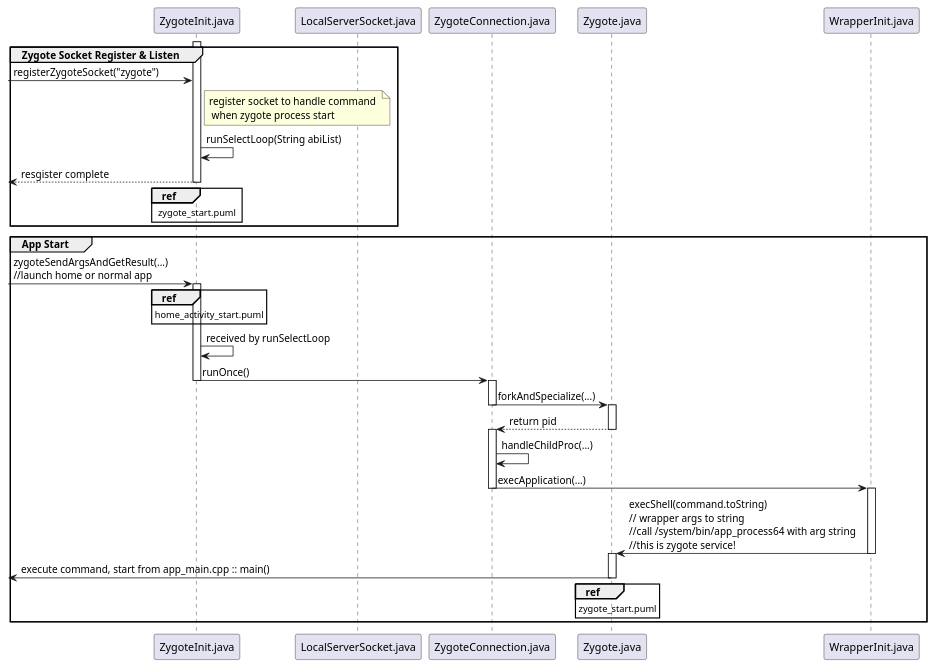
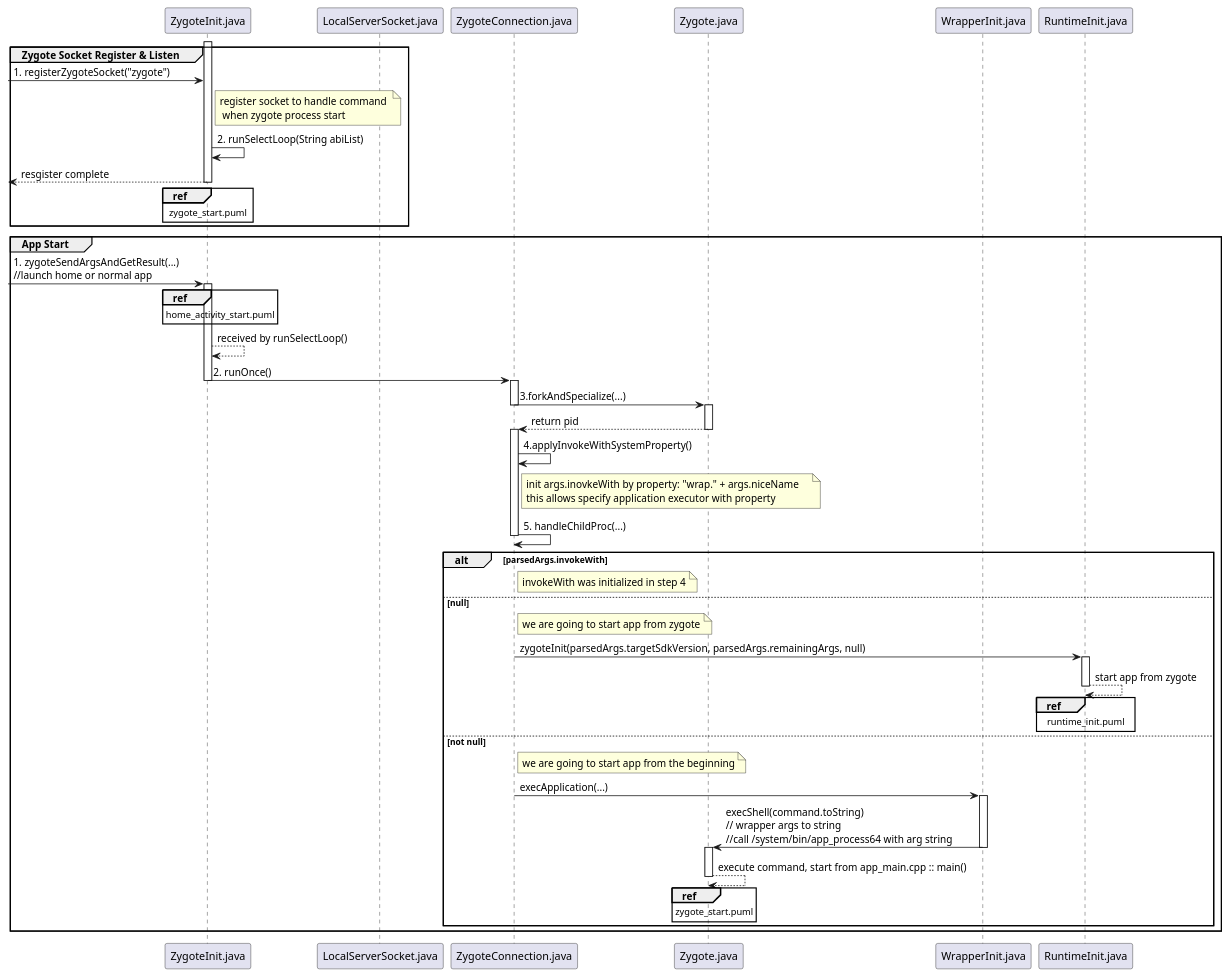
Before and after one commit to heavy-james/AndroidStartSequence: the diagram in uml/6_home_activity_start/app_start_wrapper.puml, drawn with PlantUML. The commit also changed 7 other files, not shown here.

Commit message:
optmize logic -> uml reflection relationship and orgnization

```diff
--- a/uml/6_home_activity_start/app_start_wrapper.puml
+++ b/uml/6_home_activity_start/app_start_wrapper.puml
@@ -1,67 +1,95 @@
 @startuml
 participant ZygoteInit as "ZygoteInit.java"
 participant LocalServerSocket as "LocalServerSocket.java"
 participant ZygoteConnection as "ZygoteConnection.java"
 participant Zygote as "Zygote.java"
 participant WrapperInit as "WrapperInit.java"
+participant RuntimeInit as "RuntimeInit.java"
 
 group Zygote Socket Register & Listen
 
     activate ZygoteInit
-    -> ZygoteInit : registerZygoteSocket("zygote")
+    -> ZygoteInit : 1. registerZygoteSocket("zygote")
 
     note right of ZygoteInit : register socket to handle command \n when zygote process start
 
-    ZygoteInit -> ZygoteInit : runSelectLoop(String abiList)
+    ZygoteInit -> ZygoteInit : 2. runSelectLoop(String abiList)
 
     <-- ZygoteInit : resgister complete
     ref over ZygoteInit : zygote_start.puml
 
     deactivate ZygoteInit
 
 end
 
 
 group App Start
 
 
-    -> ZygoteInit : zygoteSendArgsAndGetResult(...)\
+    -> ZygoteInit : 1. zygoteSendArgsAndGetResult(...)\
     \n//launch home or normal app
 
     ref over ZygoteInit : home_activity_start.puml
 
     activate ZygoteInit
-    ZygoteInit -> ZygoteInit : received by runSelectLoop
-    ZygoteInit -> ZygoteConnection : runOnce()
+    ZygoteInit --> ZygoteInit : received by runSelectLoop()
+    ZygoteInit -> ZygoteConnection : 2. runOnce()
     deactivate ZygoteInit
 
     activate ZygoteConnection
-    ZygoteConnection -> Zygote : forkAndSpecialize(...)
+    ZygoteConnection -> Zygote : 3.forkAndSpecialize(...)
     deactivate ZygoteConnection
 
     activate Zygote
     Zygote --> ZygoteConnection : return pid
     deactivate Zygote
 
     activate ZygoteConnection
-    ZygoteConnection -> ZygoteConnection : handleChildProc(...)
+    ZygoteConnection -> ZygoteConnection : 4.applyInvokeWithSystemProperty()
 
-    ZygoteConnection -> WrapperInit : execApplication(...)\
+    note right of ZygoteConnection : init args.inovkeWith by property: "wrap." + args.niceName\
+    \nthis allows specify application executor with property
 
+    ZygoteConnection -> ZygoteConnection : 5. handleChildProc(...)
     deactivate ZygoteConnection
 
-    activate WrapperInit
-    WrapperInit -> Zygote : execShell(command.toString)\
-    \n// wrapper args to string\
-    \n//call /system/bin/app_process64 with arg string\
-    \n//this is zygote service!
-    deactivate WrapperInit
+    alt parsedArgs.invokeWith
 
-    activate Zygote
-    <- Zygote : execute command, start from app_main.cpp :: main()
-    deactivate Zygote
+    note right of ZygoteConnection : invokeWith was initialized in step 4\
 
-    ref over Zygote : zygote_start.puml
+    else null
+
+        note right of ZygoteConnection : we are going to start app from zygote
+        ZygoteConnection -> RuntimeInit : zygoteInit(parsedArgs.targetSdkVersion, parsedArgs.remainingArgs, null)
+
+        activate RuntimeInit
+        RuntimeInit --> RuntimeInit : start app from zygote
+
+        ref over RuntimeInit : runtime_init.puml
+
+        deactivate RuntimeInit
+
+    else not null
+
+        note right of ZygoteConnection : we are going to start app from the beginning
+
+        ZygoteConnection -> WrapperInit : execApplication(...)\
+
+        activate WrapperInit
+        WrapperInit -> Zygote : execShell(command.toString)\
+        \n// wrapper args to string\
+        \n//call /system/bin/app_process64 with arg string
+
+        deactivate WrapperInit
+
+        activate Zygote
+        Zygote --> Zygote : execute command, start from app_main.cpp :: main()
+        deactivate Zygote
+
+        ref over Zygote : zygote_start.puml
+
+    end
+
 
 end
 @enduml
```
